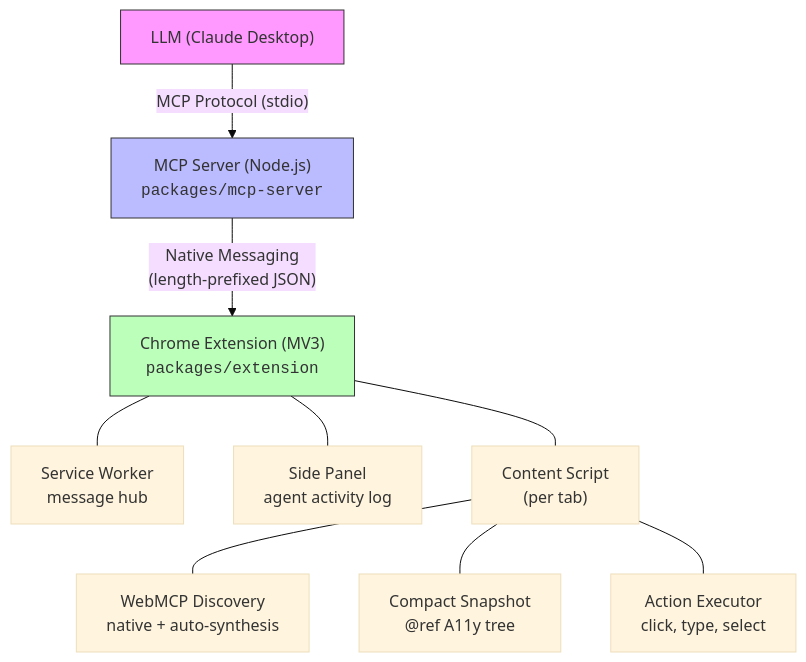
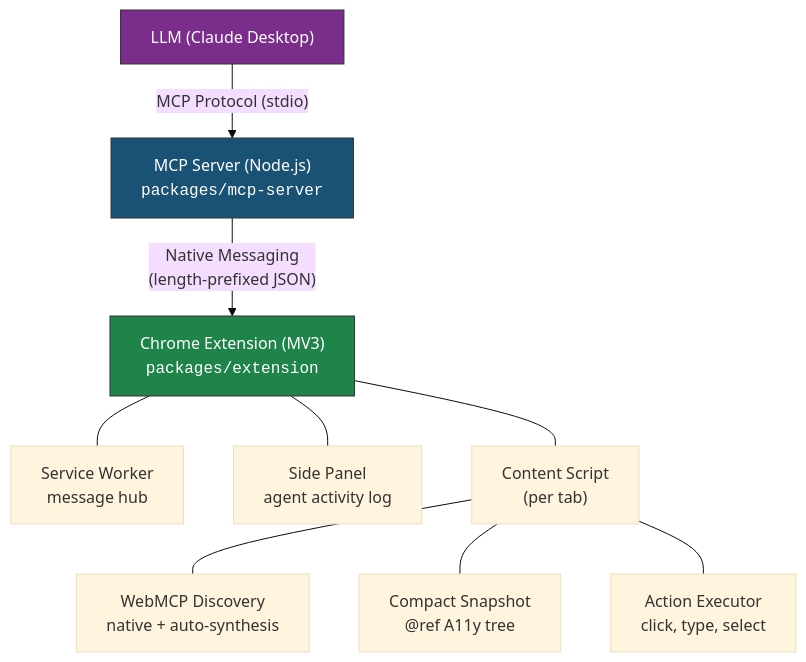
The diagram in README.md (kuroko1t/webclaw), drawn with Mermaid (base theme) before and after one commit.

Commit message:
Fix Mermaid diagram colors for better readability

````diff
--- a/README.md
+++ b/README.md
@@ -23,25 +23,25 @@
 ```mermaid
 flowchart TB
     LLM["LLM (Claude Desktop)"]
     MCP["MCP Server (Node.js)<br/><code>packages/mcp-server</code>"]
     EXT["Chrome Extension (MV3)<br/><code>packages/extension</code>"]
     SW["Service Worker<br/>message hub"]
     SP["Side Panel<br/>agent activity log"]
     CS["Content Script<br/>(per tab)"]
     WD["WebMCP Discovery<br/>native + auto-synthesis"]
     SN["Compact Snapshot<br/>@ref A11y tree"]
     AE["Action Executor<br/>click, type, select"]
 
     LLM -- "MCP Protocol (stdio)" --> MCP
     MCP -- "Native Messaging<br/>(length-prefixed JSON)" --> EXT
     EXT --- SW
     EXT --- SP
     EXT --- CS
     CS --- WD
     CS --- SN
     CS --- AE
 
-    style LLM fill:#f9f,stroke:#333
-    style MCP fill:#bbf,stroke:#333
-    style EXT fill:#bfb,stroke:#333
+    style LLM fill:#7b2d8b,stroke:#333,color:#fff
+    style MCP fill:#1a5276,stroke:#333,color:#fff
+    style EXT fill:#1e8449,stroke:#333,color:#fff
 ```
````
